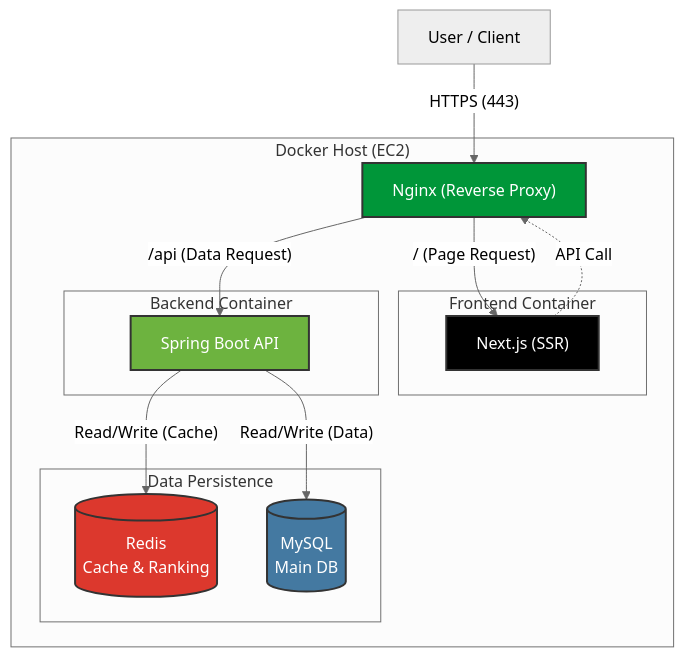
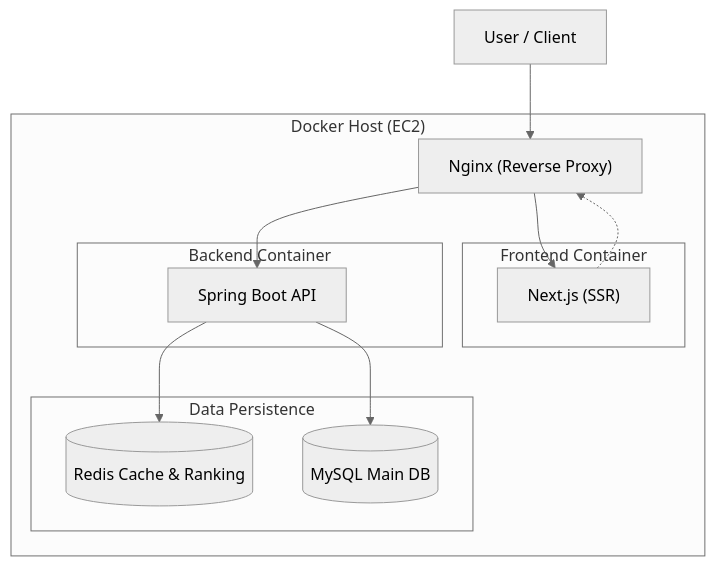
The second of 2 diagrams in PORTFOLIO.md (Hyunul/CBT), drawn with Mermaid (neutral theme) before and after one commit.

````diff
--- a/PORTFOLIO.md
+++ b/PORTFOLIO.md
@@ -89,38 +89,28 @@
 ```mermaid
 graph TD
     User["User / Client"]
 
     subgraph "Docker Host (EC2)"
         Nginx["Nginx (Reverse Proxy)"]
 
         subgraph "Frontend Container"
             NextJS["Next.js (SSR)"]
         end
 
         subgraph "Backend Container"
             SpringBoot["Spring Boot API"]
         end
 
         subgraph "Data Persistence"
-            Redis[("Redis\nCache & Ranking")]
-            MySQL[("MySQL\nMain DB")]
+            Redis[("Redis Cache & Ranking")]
+            MySQL[("MySQL Main DB")]
         end
     end
 
-    User -- "HTTPS (443)" --> Nginx
-
-    Nginx -- "/ (Page Request)" --> NextJS
-    Nginx -- "/api (Data Request)" --> SpringBoot
-
-    SpringBoot -- "Read/Write (Cache)" --> Redis
-    SpringBoot -- "Read/Write (Data)" --> MySQL
-
-    NextJS -.->|API Call| Nginx
-
-    style Nginx fill:#009639,stroke:#333,stroke-width:2px,color:white
-    style SpringBoot fill:#6DB33F,stroke:#333,stroke-width:2px,color:white
-    style Redis fill:#DC382D,stroke:#333,stroke-width:2px,color:white
-    style MySQL fill:#4479A1,stroke:#333,stroke-width:2px,color:white
-    style NextJS fill:#000000,stroke:#333,stroke-width:2px,color:white
-
+    User --> Nginx
+    Nginx --> NextJS
+    Nginx --> SpringBoot
+    SpringBoot --> Redis
+    SpringBoot --> MySQL
+    NextJS -.-> Nginx
 ```
````
